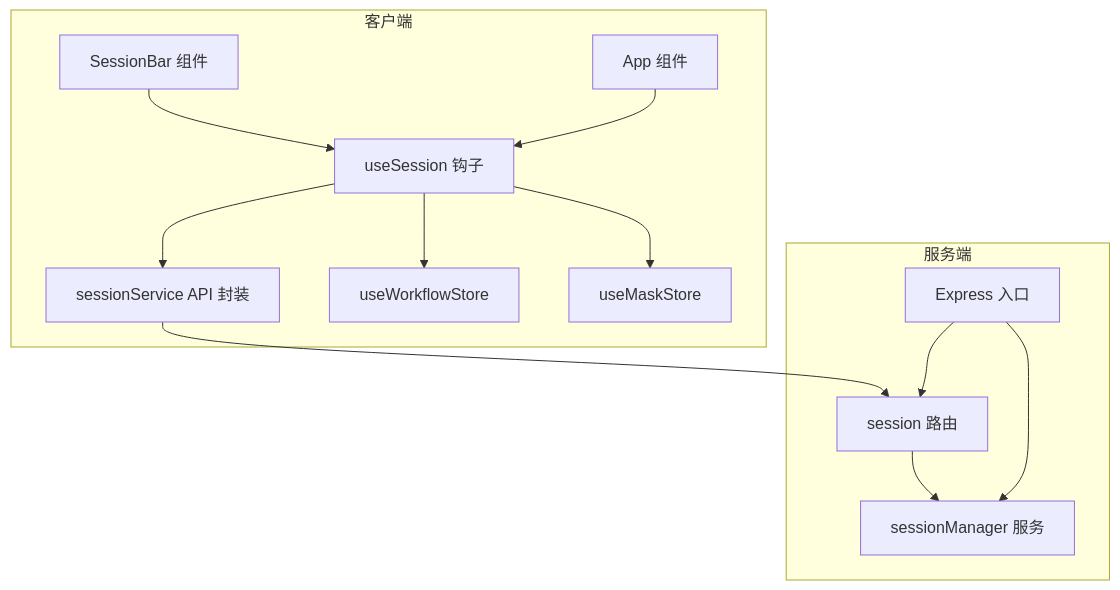
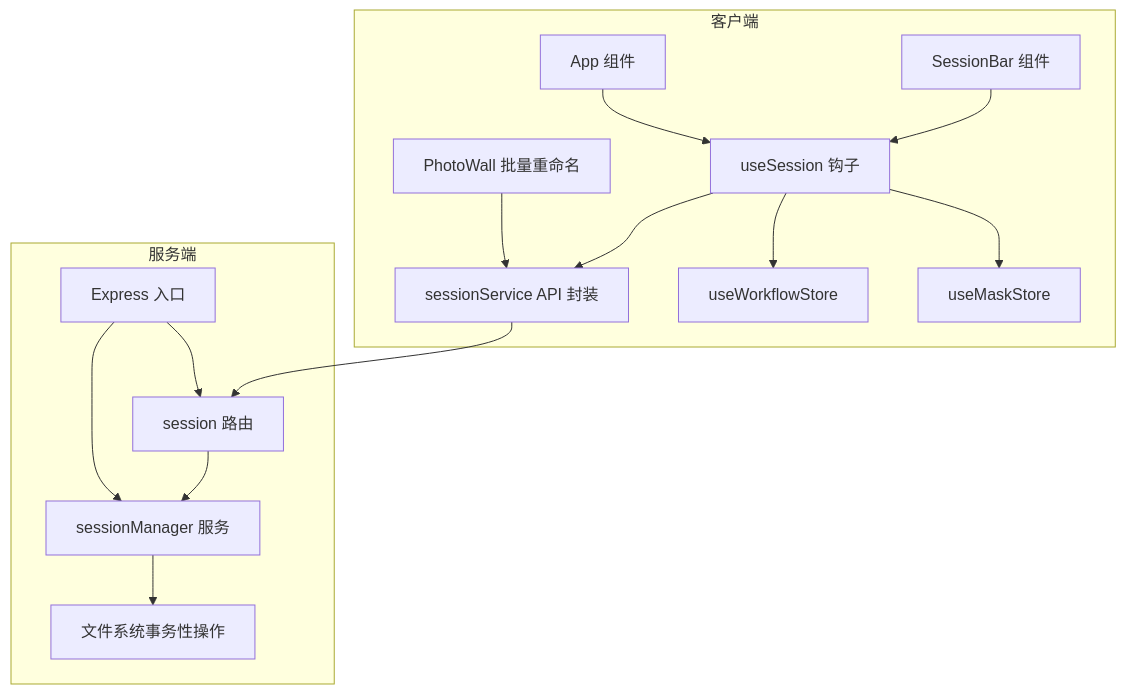
Before and after one commit to billye220670/CorineKit_Pix2Real: the first of 5 diagrams in .qoder/repowiki/zh/content/后端服务/会话管理服务.md, drawn with Mermaid. The commit also changed other lines of this file and 11 other files, not shown here.

````diff
--- a/.qoder/repowiki/zh/content/后端服务/会话管理服务.md
+++ b/.qoder/repowiki/zh/content/后端服务/会话管理服务.md
@@ -39,25 +47,29 @@
 ```mermaid
 graph TB
 subgraph "客户端"
 US["useSession 钩子"]
 SS["sessionService API 封装"]
 WS["useWorkflowStore"]
 MS["useMaskStore"]
 SB["SessionBar 组件"]
 APP["App 组件"]
+PW["PhotoWall 批量重命名"]
 end
 subgraph "服务端"
 SR["session 路由"]
 SM["sessionManager 服务"]
+SM2["文件系统事务性操作"]
 IDX["Express 入口"]
 end
 US --> SS
 SS --> SR
 SR --> SM
+SM --> SM2
 US --> WS
 US --> MS
 SB --> US
 APP --> US
+PW --> SS
 IDX --> SR
 IDX --> SM
 ```
````
